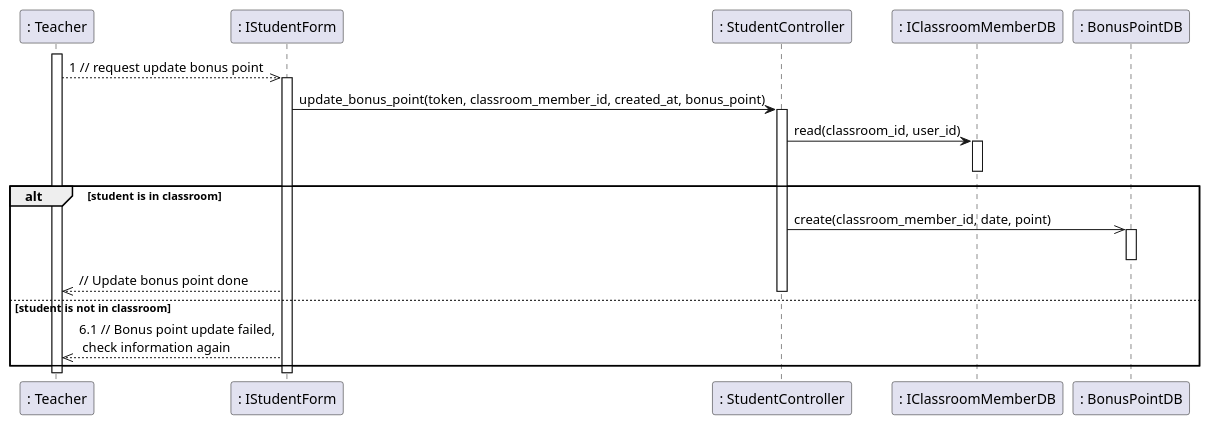
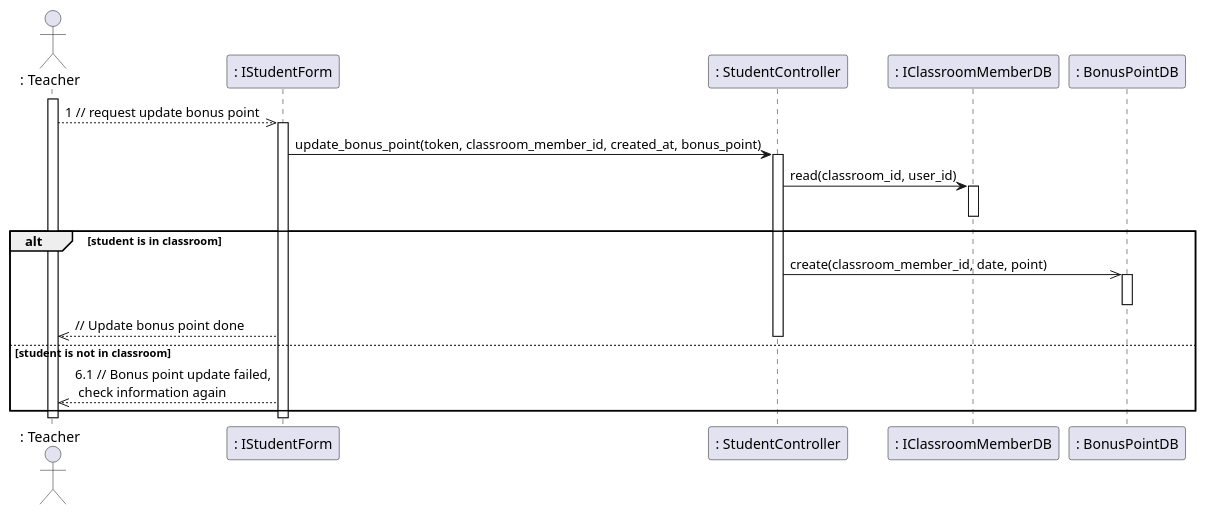
The diagram in sequence - design/rollcall/updateBonusPoint.plantuml (anonyhostvn/OOAD-Diagram), drawn with PlantUML before and after one commit. The commit also changed 7 other files, not shown here.

Commit message:
fix sequence design actor icon _ 1

```diff
--- a/sequence - design/rollcall/updateBonusPoint.plantuml
+++ b/sequence - design/rollcall/updateBonusPoint.plantuml
@@ -1,27 +1,27 @@
 @startuml updateBonusPoint
 
-
+actor ": Teacher"
 activate ": Teacher"
 
 ": Teacher" -->> ": IStudentForm": 1 // request update bonus point
 activate ": IStudentForm"
 ": IStudentForm" -> ": StudentController": update_bonus_point(token, classroom_member_id, created_at, bonus_point)
 activate ": StudentController"
 ": StudentController" -> ": IClassroomMemberDB": read(classroom_id, user_id)
 activate ": IClassroomMemberDB"
 deactivate ": IClassroomMemberDB"
 alt student is in classroom
     ": StudentController" ->> ": BonusPointDB": create(classroom_member_id, date, point)
     activate ": BonusPointDB"
     deactivate ": BonusPointDB"
     ": IStudentForm" -->> ": Teacher": // Update bonus point done
 else student is not in classroom
     deactivate ": StudentController"
     ": IStudentForm" -->> ": Teacher": 6.1 // Bonus point update failed,\n check information again
 end
 
 deactivate ": Teacher"
 deactivate ": IStudentForm"
 
 
 @enduml
```
